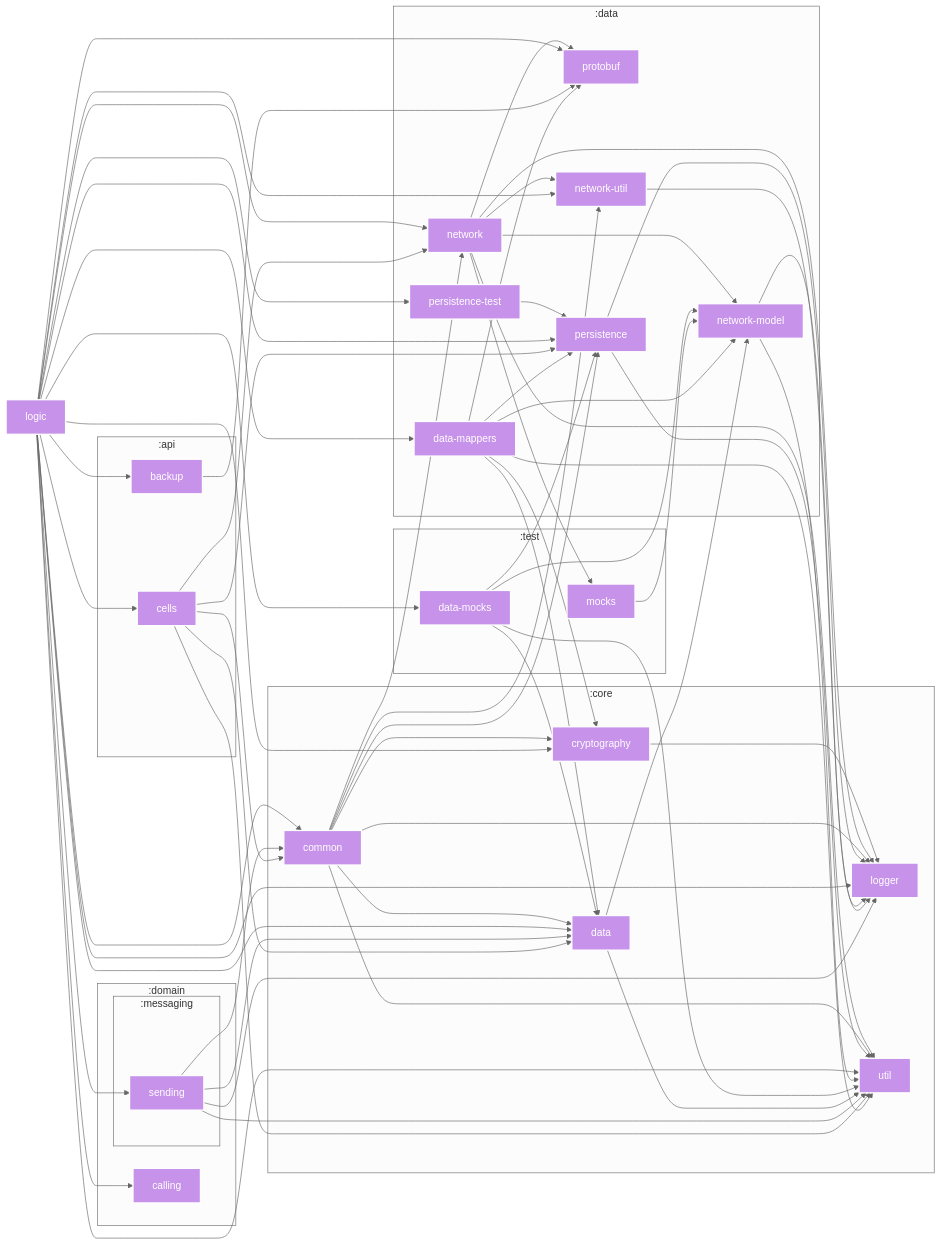
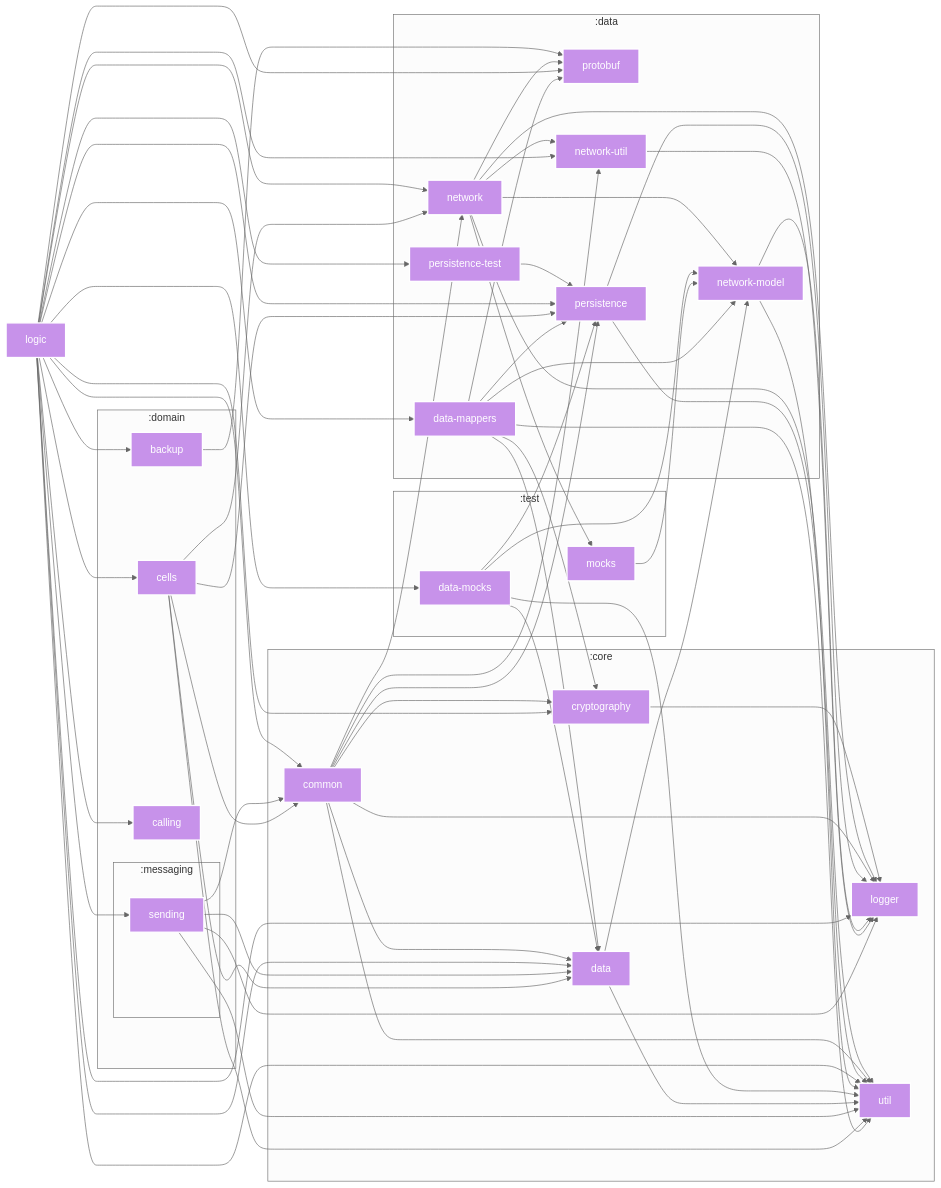
One commit to wireapp/kalium changed the diagram in README.md. Above: the diagram before and after it, drawn with Mermaid. The commit also changed 1 other file, not shown here.

Commit message:
refactor: introduce module boundaries

```diff
--- a/README.md
+++ b/README.md
@@ -150,10 +150,21 @@
     :core:data["data"]
     :core:common["common"]
   end
+  subgraph :domain
+    :domain:backup["backup"]
+    :domain:calling["calling"]
+    :domain:cells["cells"]
+    :domain:backup["backup"]
+    :domain:cells["cells"]
+    subgraph :messaging
+      :domain:messaging:sending["sending"]
+      :domain:messaging:sending["sending"]
+    end
+  end
   subgraph :data
+    :data:protobuf["protobuf"]
     :data:network["network"]
     :data:network-model["network-model"]
-    :data:protobuf["protobuf"]
     :data:network-util["network-util"]
     :data:persistence["persistence"]
     :data:network["network"]
@@ -175,21 +186,9 @@
     :test:data-mocks["data-mocks"]
     :test:mocks["mocks"]
   end
-  subgraph :domain
-    :domain:calling["calling"]
-    subgraph :messaging
-      :domain:messaging:sending["sending"]
-      :domain:messaging:sending["sending"]
-    end
-  end
-  subgraph :api
-    :api:cells["cells"]
-    :api:backup["backup"]
-    :api:backup["backup"]
-    :api:cells["cells"]
-  end
 
   :core:cryptography --> :core:logger
+  :domain:backup --> :data:protobuf
   :data:network --> :data:network-model
   :data:network --> :core:logger
   :data:network --> :data:protobuf
@@ -217,8 +216,8 @@
   :logic --> :data:persistence
   :logic --> :data:protobuf
   :logic --> :core:util
-  :logic --> :api:cells
-  :logic --> :api:backup
+  :logic --> :domain:cells
+  :logic --> :domain:backup
   :logic --> :domain:messaging:sending
   :logic --> :data:persistence-test
   :logic --> :test:data-mocks
@@ -228,7 +227,6 @@
   :test:data-mocks --> :data:persistence
   :test:data-mocks --> :data:network-model
   :test:data-mocks --> :core:util
-  :api:backup --> :data:protobuf
   :data:network-util --> :core:logger
   :core:data --> :data:network-model
   :core:data --> :core:util
@@ -237,11 +235,11 @@
   :domain:messaging:sending --> :core:data
   :domain:messaging:sending --> :core:logger
   :domain:messaging:sending --> :core:util
-  :api:cells --> :core:common
-  :api:cells --> :data:network
-  :api:cells --> :core:data
-  :api:cells --> :core:util
-  :api:cells --> :data:persistence
+  :domain:cells --> :core:common
+  :domain:cells --> :data:network
+  :domain:cells --> :core:data
+  :domain:cells --> :core:util
+  :domain:cells --> :data:persistence
   :data:data-mappers --> :core:data
   :data:data-mappers --> :data:protobuf
   :data:data-mappers --> :data:persistence
@@ -252,9 +250,10 @@
 classDef kotlin-multiplatform fill:#C792EA,stroke:#fff,stroke-width:2px,color:#fff;
 class :core:cryptography kotlin-multiplatform
 class :core:logger kotlin-multiplatform
+class :domain:backup kotlin-multiplatform
+class :data:protobuf kotlin-multiplatform
 class :data:network kotlin-multiplatform
 class :data:network-model kotlin-multiplatform
-class :data:protobuf kotlin-multiplatform
 class :core:util kotlin-multiplatform
 class :data:network-util kotlin-multiplatform
 class :test:mocks kotlin-multiplatform
@@ -265,8 +264,7 @@
 class :logic kotlin-multiplatform
 class :domain:calling kotlin-multiplatform
 class :data:data-mappers kotlin-multiplatform
-class :api:cells kotlin-multiplatform
-class :api:backup kotlin-multiplatform
+class :domain:cells kotlin-multiplatform
 class :domain:messaging:sending kotlin-multiplatform
 class :test:data-mocks kotlin-multiplatform
 
```
